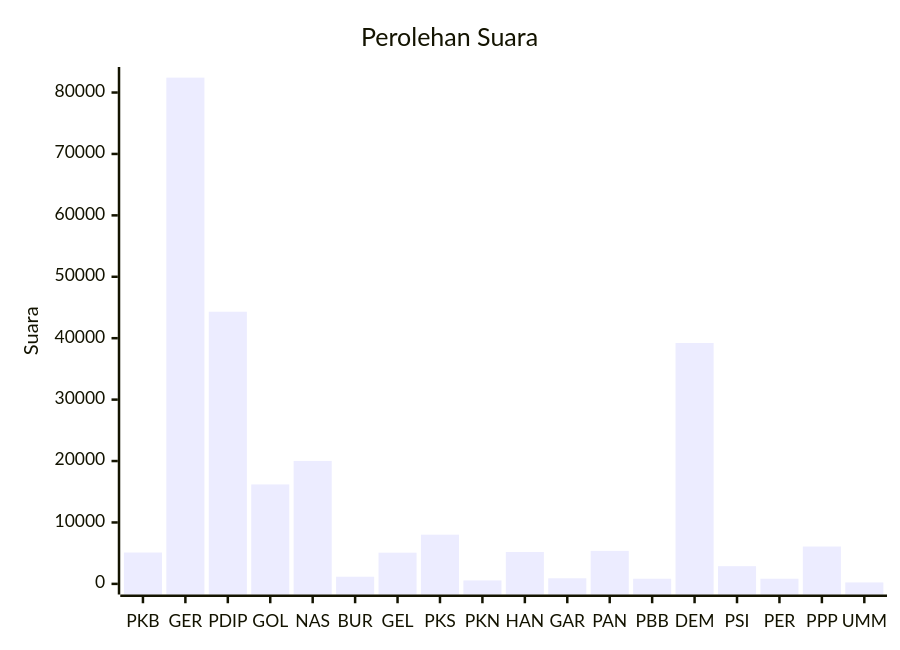
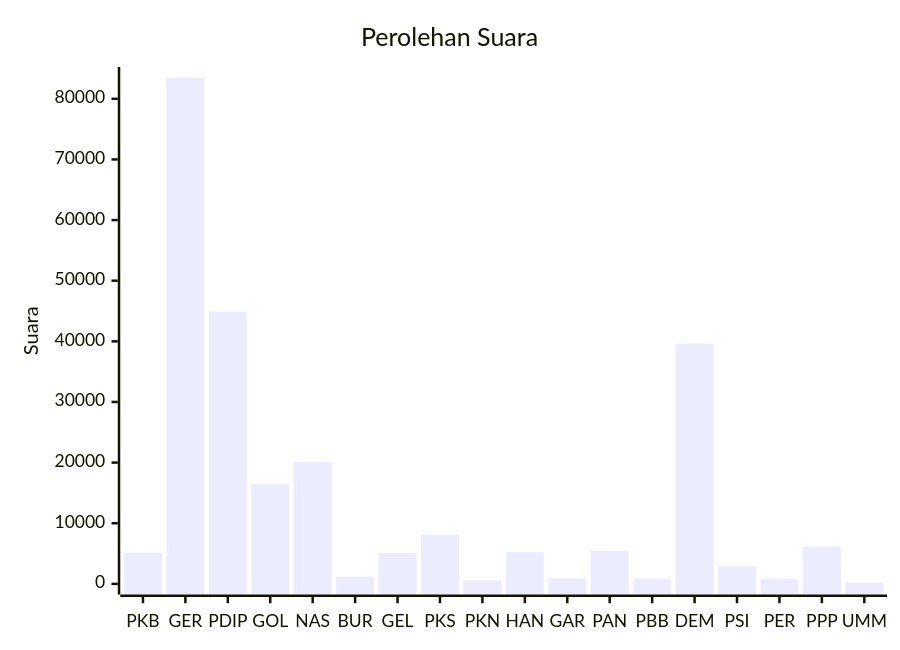
The diagram in pileg-dpr/hitung-suara/sub/table-wilayah-65.md (gigit-pemilu/pemilu-2024), drawn with Mermaid before and after one commit. The commit also changed other lines of this file and 28 other files, not shown here.

````diff
--- a/pileg-dpr/hitung-suara/sub/table-wilayah-65.md
+++ b/pileg-dpr/hitung-suara/sub/table-wilayah-65.md
@@ -7,7 +7,7 @@
 ```mermaid
 xychart-beta
     title "Perolehan Suara"
     x-axis [PKB, GER, PDIP, GOL, NAS, BUR, GEL, PKS, PKN, HAN, GAR, PAN, PBB, DEM, PSI, PER, PPP, UMM]
-    y-axis "Suara" 0 --> 82426
-    bar [5102, 82426, 44310, 16189, 20017, 1165, 5077, 8010, 559, 5190, 911, 5369, 835, 39222, 2877, 837, 6084, 233]
+    y-axis "Suara" 0 --> 83494
+    bar [5163, 83494, 44895, 16522, 20138, 1165, 5095, 8112, 563, 5237, 923, 5415, 836, 39622, 2907, 844, 6111, 231]
 ```
````
